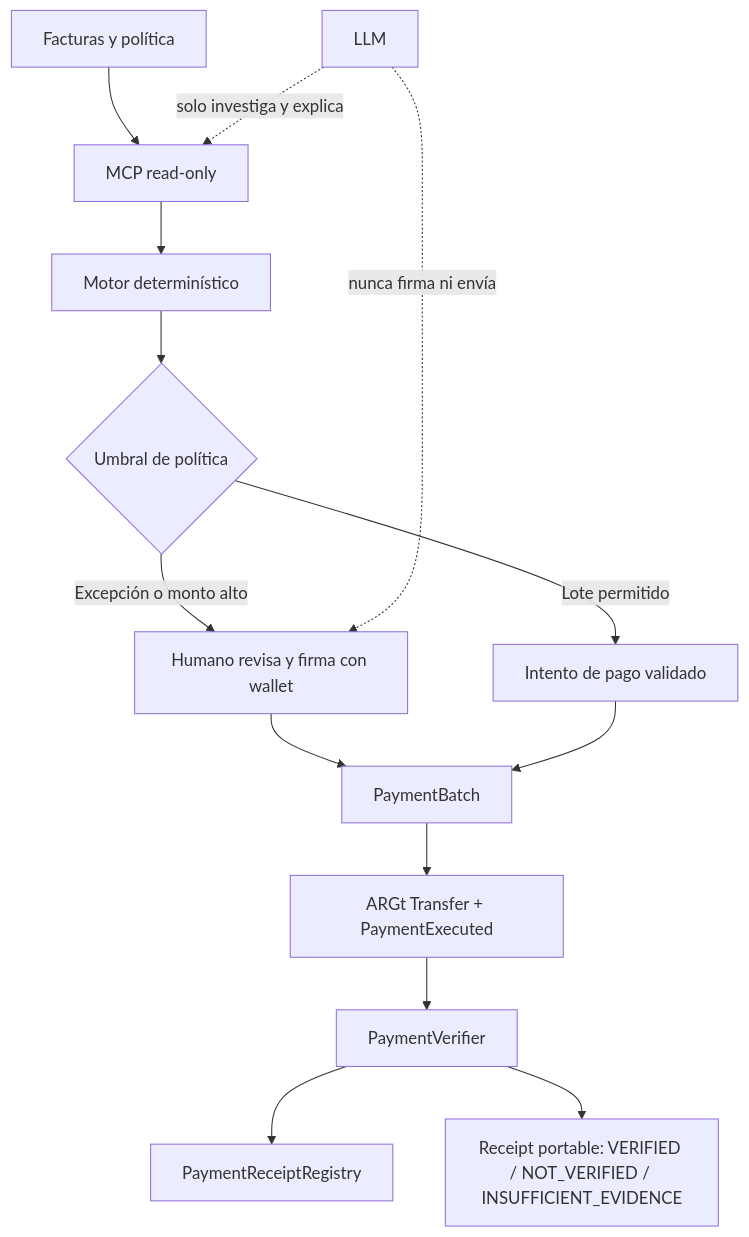
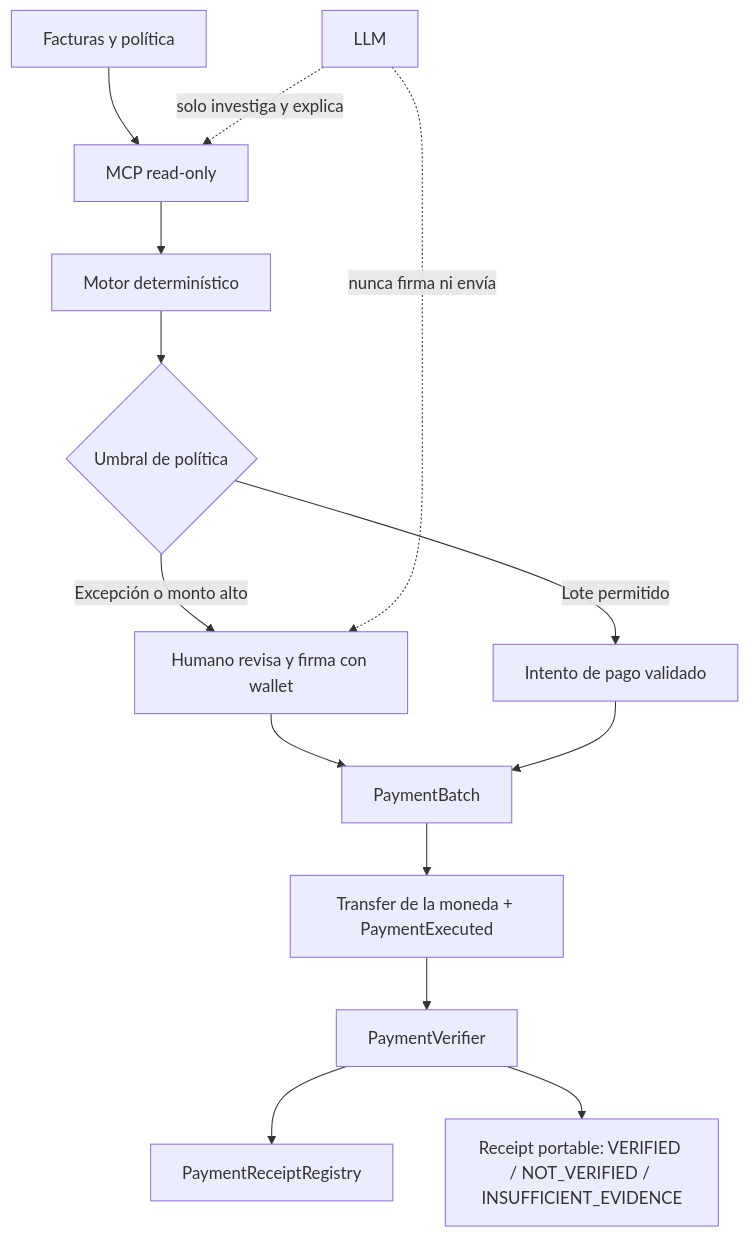
Before and after one commit to annatchijova/vertice: the diagram in README.md, drawn with Mermaid. The commit also changed other lines of this file and 3 other files, not shown here.

````diff
--- a/README.md
+++ b/README.md
@@ -53,16 +53,16 @@
 ```mermaid
 flowchart TD
     A[Facturas y política] --> B[MCP read-only]
     B --> C[Motor determinístico]
     C --> D{Umbral de política}
     D -->|Excepción o monto alto| E[Humano revisa y firma con wallet]
     D -->|Lote permitido| F[Intento de pago validado]
     E --> G[PaymentBatch]
     F --> G
-    G --> H[ARGt Transfer + PaymentExecuted]
+    G --> H[Transfer de la moneda + PaymentExecuted]
     H --> I[PaymentVerifier]
     I --> J[PaymentReceiptRegistry]
     I --> K[Receipt portable: VERIFIED / NOT_VERIFIED / INSUFFICIENT_EVIDENCE]
     L[LLM] -. solo investiga y explica .-> B
     L -. nunca firma ni envía .-> E
 ```
````
